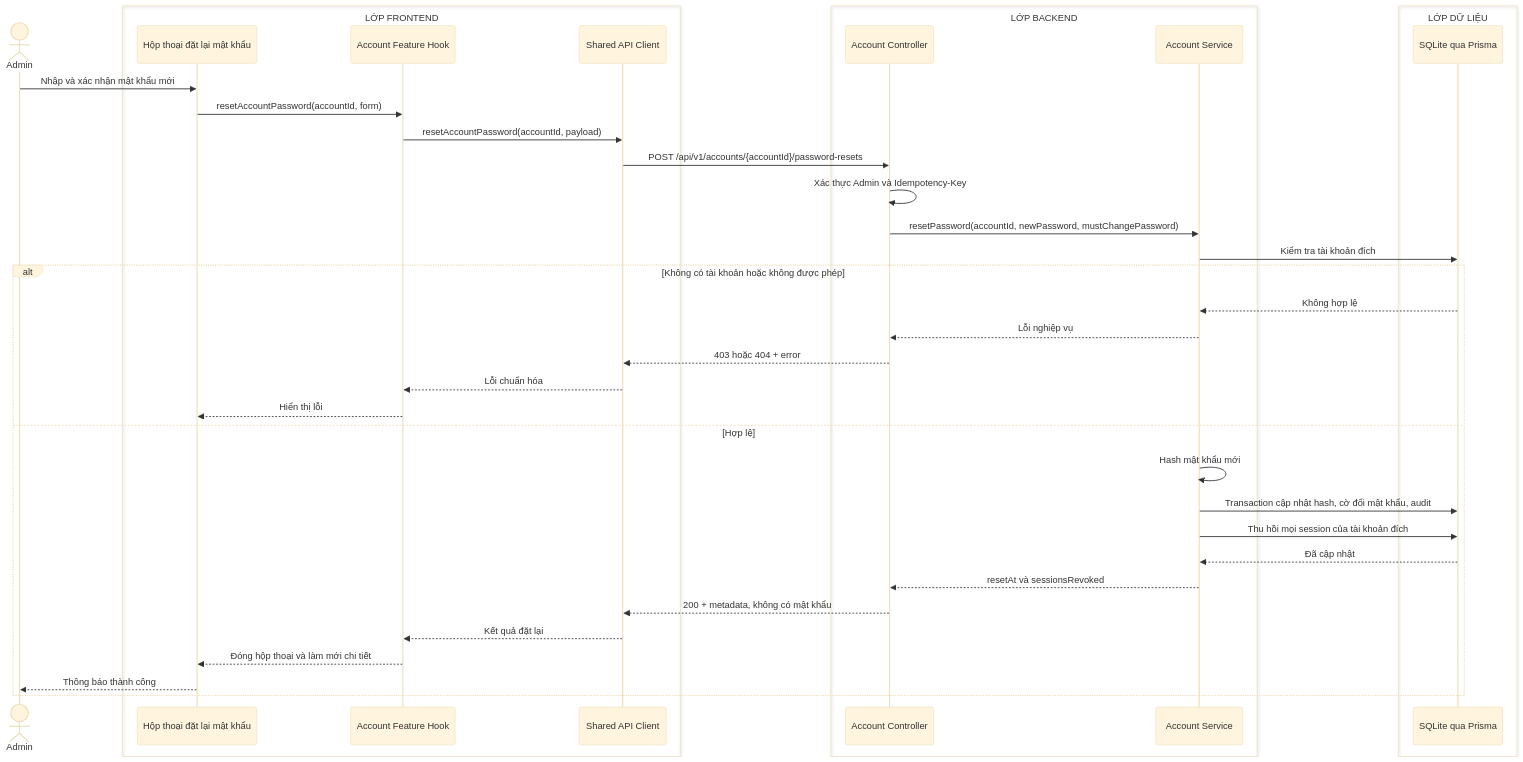
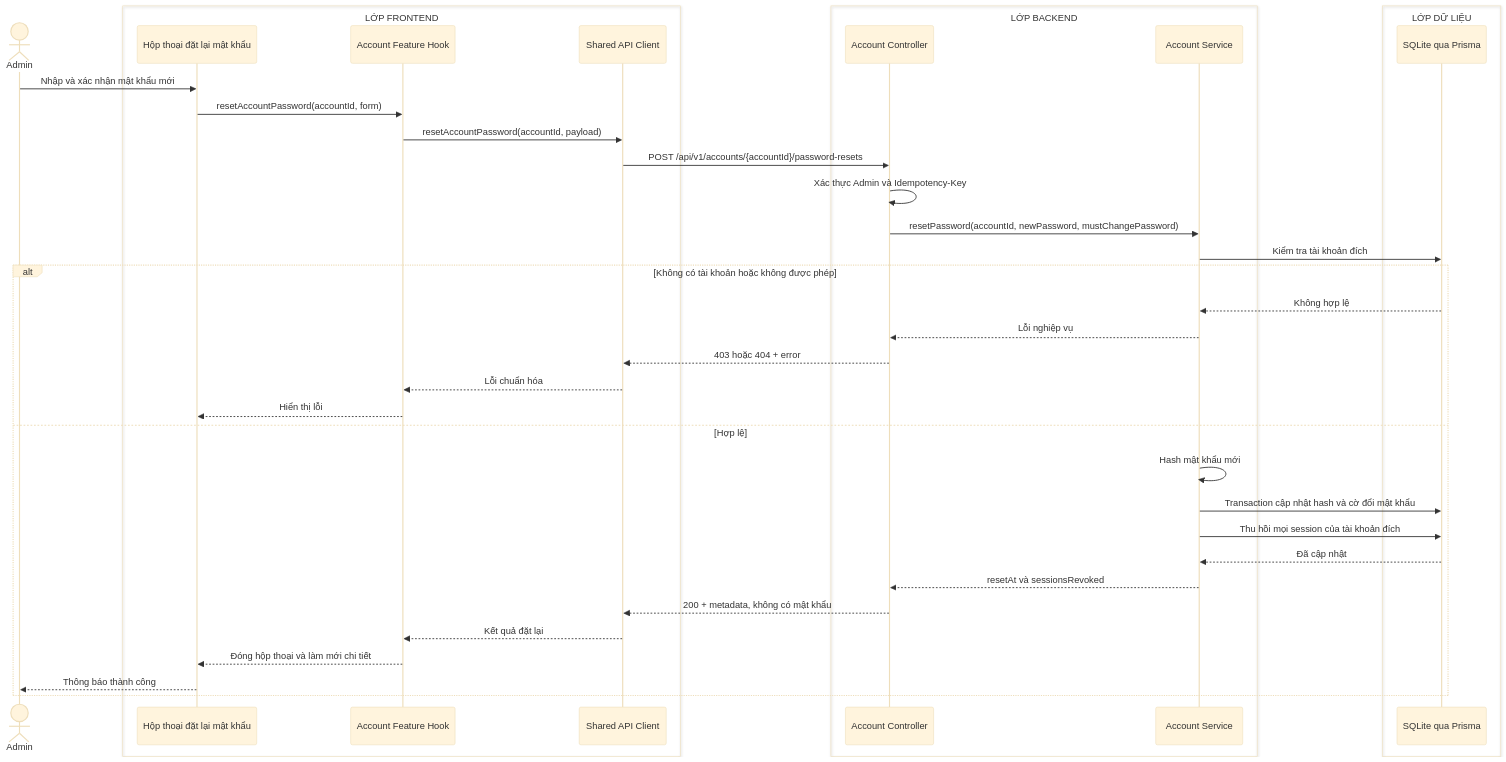
One commit to MINHDZVODICH/ctv-manage changed the second of 2 diagrams in docs/sequence-diagrams/05-doi-va-dat-lai-mat-khau.md. Above: the diagram before and after it, drawn with Mermaid (base theme). The commit also changed other lines of this file and 89 other files, not shown here.

````diff
--- a/docs/sequence-diagrams/05-doi-va-dat-lai-mat-khau.md
+++ b/docs/sequence-diagrams/05-doi-va-dat-lai-mat-khau.md
@@ -51,42 +51,42 @@
 ```mermaid
 sequenceDiagram
     actor A as Admin
     box LỚP FRONTEND
         participant UI as Hộp thoại đặt lại mật khẩu
         participant H as Account Feature Hook
         participant API as Shared API Client
     end
     box LỚP BACKEND
         participant C as Account Controller
         participant S as Account Service
     end
     box LỚP DỮ LIỆU
         participant DB as SQLite qua Prisma
     end
 
     A->>UI: Nhập và xác nhận mật khẩu mới
     UI->>H: resetAccountPassword(accountId, form)
     H->>API: resetAccountPassword(accountId, payload)
     API->>C: POST /api/v1/accounts/{accountId}/password-resets
     C->>C: Xác thực Admin và Idempotency-Key
     C->>S: resetPassword(accountId, newPassword, mustChangePassword)
     S->>DB: Kiểm tra tài khoản đích
 
     alt Không có tài khoản hoặc không được phép
         DB-->>S: Không hợp lệ
         S-->>C: Lỗi nghiệp vụ
         C-->>API: 403 hoặc 404 + error
         API-->>H: Lỗi chuẩn hóa
         H-->>UI: Hiển thị lỗi
     else Hợp lệ
         S->>S: Hash mật khẩu mới
-        S->>DB: Transaction cập nhật hash, cờ đổi mật khẩu, audit
+        S->>DB: Transaction cập nhật hash và cờ đổi mật khẩu
         S->>DB: Thu hồi mọi session của tài khoản đích
         DB-->>S: Đã cập nhật
         S-->>C: resetAt và sessionsRevoked
         C-->>API: 200 + metadata, không có mật khẩu
         API-->>H: Kết quả đặt lại
         H-->>UI: Đóng hộp thoại và làm mới chi tiết
         UI-->>A: Thông báo thành công
     end
 ```
````
